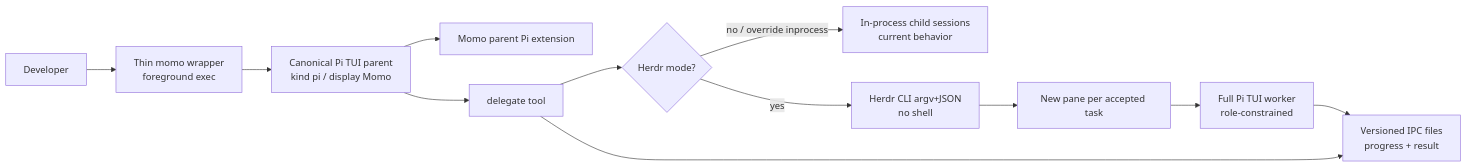
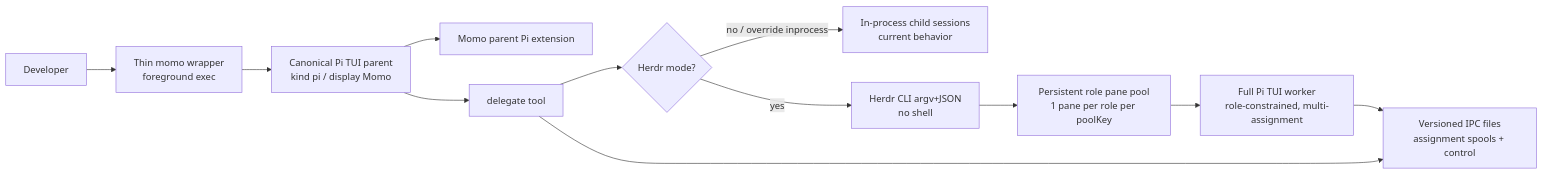
Before and after one commit to yanpaingkyaw/momo: the second of 2 diagrams in Architecture.md, drawn with Mermaid. The commit also changed other lines of this file and 23 other files, not shown here.

Commit message:
fix: reuse persistent Herdr role workers

````diff
--- a/Architecture.md
+++ b/Architecture.md
@@ -325,14 +330,14 @@
 ```mermaid
 flowchart LR
   User[Developer] --> Wrapper["Thin momo wrapper<br/>foreground exec"]
   Wrapper --> ParentPi["Canonical Pi TUI parent<br/>kind pi / display Momo"]
   ParentPi --> Ext["Momo parent Pi extension"]
   ParentPi --> Delegate["delegate tool"]
   Delegate --> Backend{"Herdr mode?"}
   Backend -->|no / override inprocess| InProc["In-process child sessions<br/>current behavior"]
   Backend -->|yes| HerdrCLI["Herdr CLI argv+JSON<br/>no shell"]
-  HerdrCLI --> Pane["New pane per accepted task"]
-  Pane --> WorkerPi["Full Pi TUI worker<br/>role-constrained"]
-  Delegate --> IPC["Versioned IPC files<br/>progress + result"]
+  HerdrCLI --> Pane["Persistent role pane pool<br/>1 pane per role per poolKey"]
+  Pane --> WorkerPi["Full Pi TUI worker<br/>role-constrained, multi-assignment"]
+  Delegate --> IPC["Versioned IPC files<br/>assignment spools + control"]
   WorkerPi --> IPC
 ```
````
